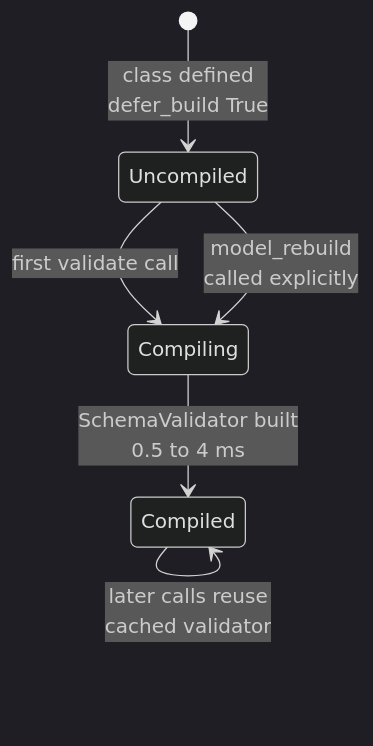
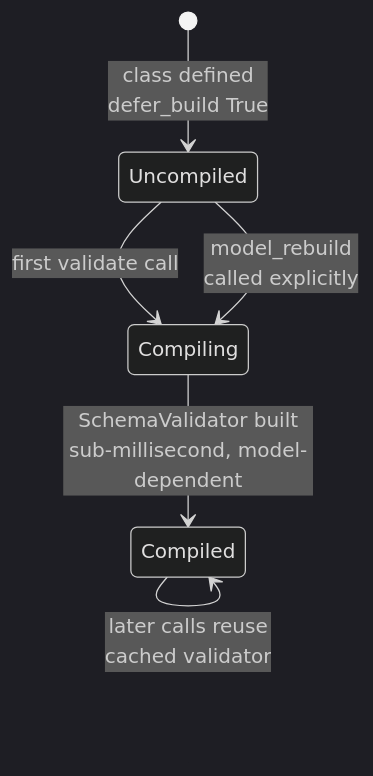
One commit to rppol/system-design changed the fourth of 4 diagrams in src/main/java/com/rutik/systemdesign/fastapi/pydantic_v2_deep_dive/pydantic_core_and_performance.md. Above: the diagram before and after it, drawn with Mermaid (dark theme). The commit also changed other lines of this file and 3 other files, not shown here.

````diff
--- a/src/main/java/com/rutik/systemdesign/fastapi/pydantic_v2_deep_dive/pydantic_core_and_performance.md
+++ b/src/main/java/com/rutik/systemdesign/fastapi/pydantic_v2_deep_dive/pydantic_core_and_performance.md
@@ -387,11 +399,11 @@
 ```mermaid
 stateDiagram-v2
     [*] --> Uncompiled: class defined<br/>defer_build True
 
     Uncompiled --> Compiling: first validate call
     Uncompiled --> Compiling: model_rebuild<br/>called explicitly
 
-    Compiling --> Compiled: SchemaValidator built<br/>0.5 to 4 ms
+    Compiling --> Compiled: SchemaValidator built<br/>sub-millisecond, model-dependent
 
     Compiled --> Compiled: later calls reuse<br/>cached validator
 ```
````
